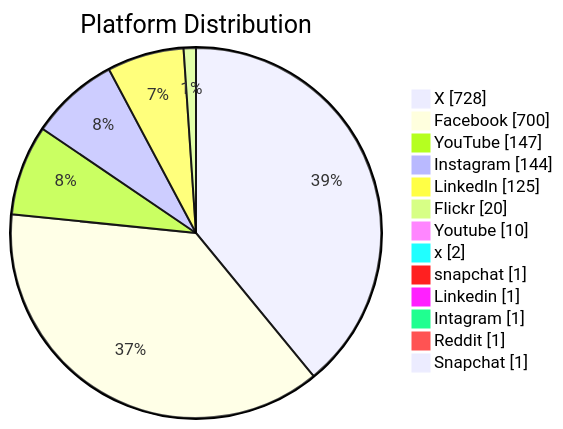
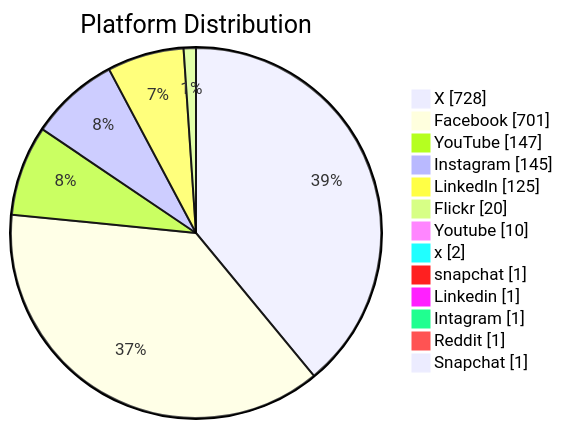
The second of 6 diagrams in README.md (PatLittle/GC-Socials), drawn with Mermaid before and after one commit. The commit also changed other lines of this file, not shown here.

Commit message:
Update README with Platform Distribution pie chart

````diff
--- a/README.md
+++ b/README.md
@@ -46,16 +46,16 @@
 ```mermaid
 pie showData title Platform Distribution
     "X": 728
-    "Facebook": 700
+    "Facebook": 701
     "YouTube": 147
-    "Instagram": 144
+    "Instagram": 145
     "LinkedIn": 125
     "Flickr": 20
     "Youtube": 10
     "x": 2
     "snapchat": 1
     "Linkedin": 1
     "Intagram": 1
     "Reddit": 1
     "Snapchat": 1
 ```
````
